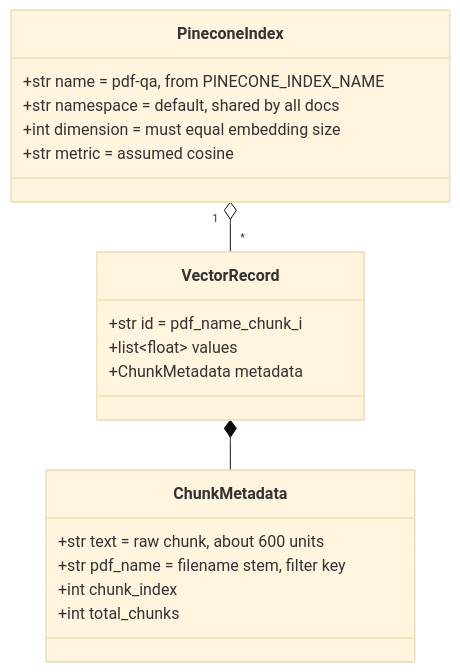
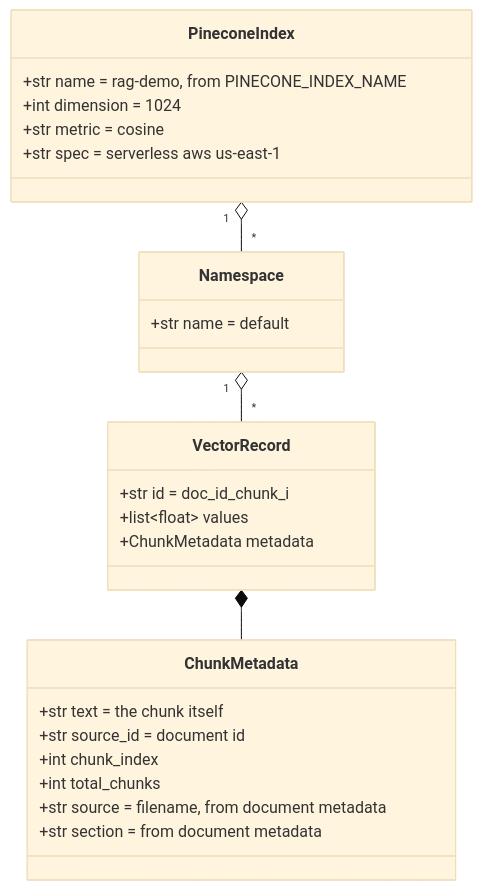
One commit to lsolor/korg-pdf-qa changed the seventh of 19 diagrams in ARCHITECTURE.md. Above: the diagram before and after it, drawn with Mermaid (base theme). The commit also changed other lines of this file, not shown here.

First line of the commit message:
Update ARCHITECTURE.md for the script-based RAG pipeline

````diff
--- a/ARCHITECTURE.md
+++ b/ARCHITECTURE.md
@@ -317,22 +320,28 @@
 ```mermaid
 classDiagram
     class PineconeIndex {
-        +str name = pdf-qa, from PINECONE_INDEX_NAME
-        +str namespace = default, shared by all docs
-        +int dimension = must equal embedding size
-        +str metric = assumed cosine
+        +str name = rag-demo, from PINECONE_INDEX_NAME
+        +int dimension = 1024
+        +str metric = cosine
+        +str spec = serverless aws us-east-1
+    }
+    class Namespace {
+        +str name = default
     }
     class VectorRecord {
-        +str id = pdf_name_chunk_i
+        +str id = doc_id_chunk_i
         +list~float~ values
         +ChunkMetadata metadata
     }
     class ChunkMetadata {
-        +str text = raw chunk, about 600 units
-        +str pdf_name = filename stem, filter key
+        +str text = the chunk itself
+        +str source_id = document id
         +int chunk_index
         +int total_chunks
+        +str source = filename, from document metadata
+        +str section = from document metadata
     }
-    PineconeIndex "1" o-- "*" VectorRecord
+    PineconeIndex "1" o-- "*" Namespace
+    Namespace "1" o-- "*" VectorRecord
     VectorRecord *-- ChunkMetadata
 ```
````
